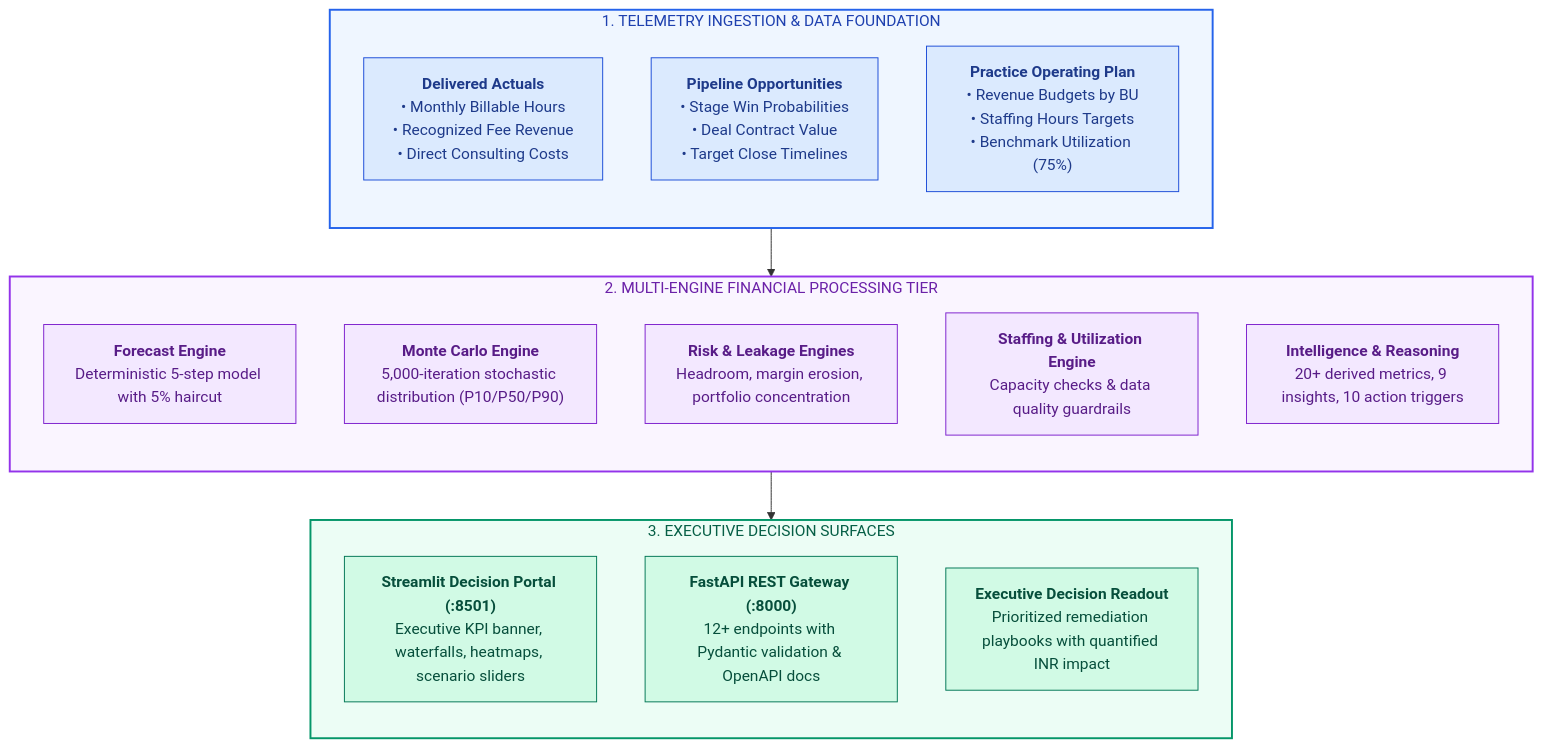
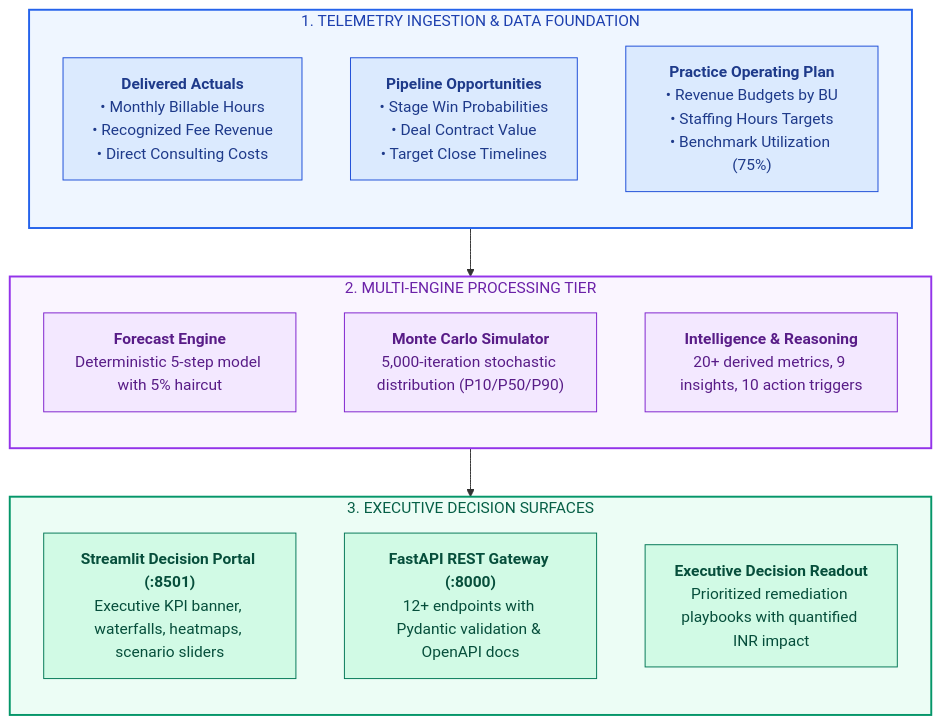
Before and after one commit to VED-VIVEK-TALMALEY/x-fin: the first of 8 diagrams in README.md, drawn with Mermaid. The commit also changed other lines of this file and 6 other files, not shown here.

````diff
--- a/README.md
+++ b/README.md
@@ -19,45 +19,41 @@
 ```mermaid
 flowchart TB
     subgraph S_INGEST["1. TELEMETRY INGESTION & DATA FOUNDATION"]
         direction TB
         D_ACT["<b>Delivered Actuals</b><br/>• Monthly Billable Hours<br/>• Recognized Fee Revenue<br/>• Direct Consulting Costs"]
         D_PIP["<b>Pipeline Opportunities</b><br/>• Stage Win Probabilities<br/>• Deal Contract Value<br/>• Target Close Timelines"]
         D_BDG["<b>Practice Operating Plan</b><br/>• Revenue Budgets by BU<br/>• Staffing Hours Targets<br/>• Benchmark Utilization (75%)"]
     end
 
-    subgraph S_ENGINES["2. MULTI-ENGINE FINANCIAL PROCESSING TIER"]
+    subgraph S_ENGINES["2. MULTI-ENGINE PROCESSING TIER"]
         direction TB
         E_FC["<b>Forecast Engine</b><br/>Deterministic 5-step model with 5% haircut"]
-        E_MC["<b>Monte Carlo Engine</b><br/>5,000-iteration stochastic distribution (P10/P50/P90)"]
-        E_RSK["<b>Risk & Leakage Engines</b><br/>Headroom, margin erosion, portfolio concentration"]
-        E_STF["<b>Staffing & Utilization Engine</b><br/>Capacity checks & data quality guardrails"]
+        E_MC["<b>Monte Carlo Simulator</b><br/>5,000-iteration stochastic distribution (P10/P50/P90)"]
         E_INT["<b>Intelligence & Reasoning</b><br/>20+ derived metrics, 9 insights, 10 action triggers"]
     end
 
     subgraph S_OUTPUT["3. EXECUTIVE DECISION SURFACES"]
         direction TB
         O_DASH["<b>Streamlit Decision Portal (:8501)</b><br/>Executive KPI banner, waterfalls, heatmaps, scenario sliders"]
         O_API["<b>FastAPI REST Gateway (:8000)</b><br/>12+ endpoints with Pydantic validation & OpenAPI docs"]
         O_BRIEF["<b>Executive Decision Readout</b><br/>Prioritized remediation playbooks with quantified INR impact"]
     end
 
     S_INGEST --> S_ENGINES --> S_OUTPUT
 
     style S_INGEST fill:#EFF6FF,stroke:#2563EB,stroke-width:2px,color:#1E40AF
     style S_ENGINES fill:#FAF5FF,stroke:#9333EA,stroke-width:2px,color:#6B21A8
     style S_OUTPUT fill:#ECFDF5,stroke:#059669,stroke-width:2px,color:#065F46
 
     style D_ACT fill:#DBEAFE,stroke:#1D4ED8,stroke-width:1px,color:#1E3A8A
     style D_PIP fill:#DBEAFE,stroke:#1D4ED8,stroke-width:1px,color:#1E3A8A
     style D_BDG fill:#DBEAFE,stroke:#1D4ED8,stroke-width:1px,color:#1E3A8A
 
     style E_FC fill:#F3E8FF,stroke:#7E22CE,stroke-width:1px,color:#581C87
     style E_MC fill:#F3E8FF,stroke:#7E22CE,stroke-width:1px,color:#581C87
-    style E_RSK fill:#F3E8FF,stroke:#7E22CE,stroke-width:1px,color:#581C87
-    style E_STF fill:#F3E8FF,stroke:#7E22CE,stroke-width:1px,color:#581C87
     style E_INT fill:#F3E8FF,stroke:#7E22CE,stroke-width:1px,color:#581C87
 
     style O_DASH fill:#D1FAE5,stroke:#047857,stroke-width:1px,color:#064E3B
     style O_API fill:#D1FAE5,stroke:#047857,stroke-width:1px,color:#064E3B
     style O_BRIEF fill:#D1FAE5,stroke:#047857,stroke-width:1px,color:#064E3B
 ```
````
